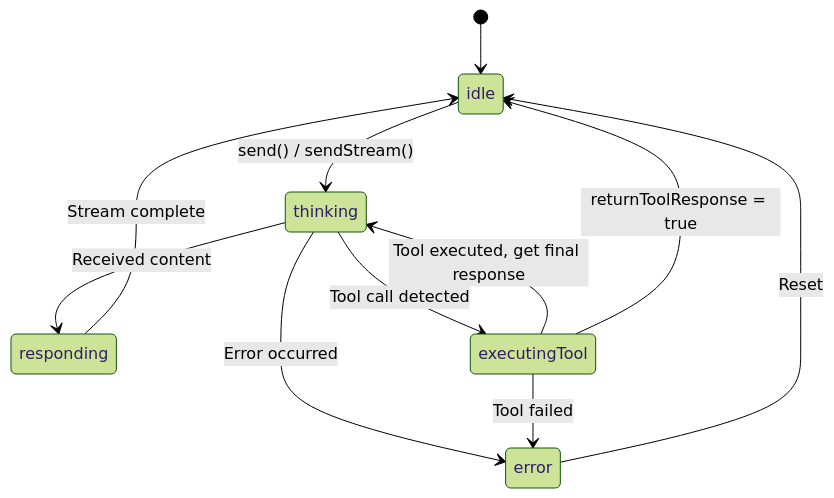
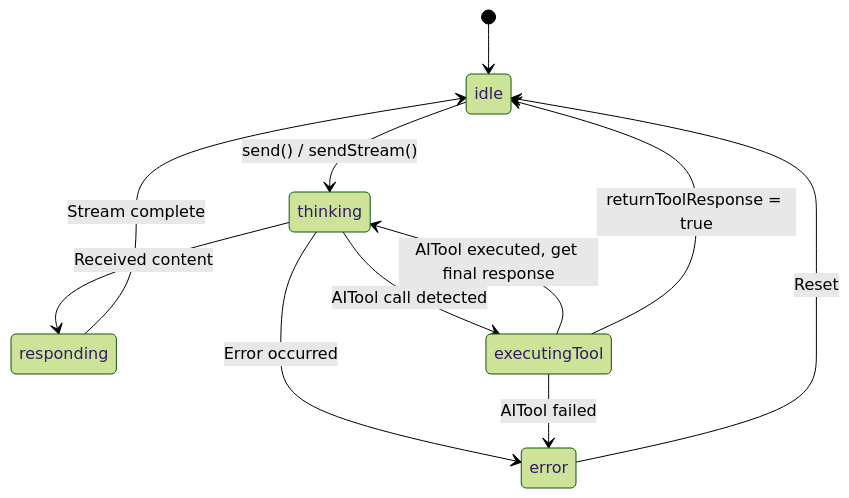
The third of 7 diagrams in docs/AISDK-ARCHITECTURE.md (DanielhCarranza/AISDK), drawn with Mermaid (forest theme) before and after one commit. The commit also changed other lines of this file and 74 other files, not shown here.

````diff
--- a/docs/AISDK-ARCHITECTURE.md
+++ b/docs/AISDK-ARCHITECTURE.md
@@ -147,13 +147,13 @@
 ```mermaid
 stateDiagram-v2
     [*] --> idle
     idle --> thinking: send() / sendStream()
     thinking --> responding: Received content
-    thinking --> executingTool: Tool call detected
-    executingTool --> thinking: Tool executed, get final response
+    thinking --> executingTool: AITool call detected
+    executingTool --> thinking: AITool executed, get final response
     executingTool --> idle: returnToolResponse = true
     responding --> idle: Stream complete
     thinking --> error: Error occurred
-    executingTool --> error: Tool failed
+    executingTool --> error: AITool failed
     error --> idle: Reset
 ```
````
